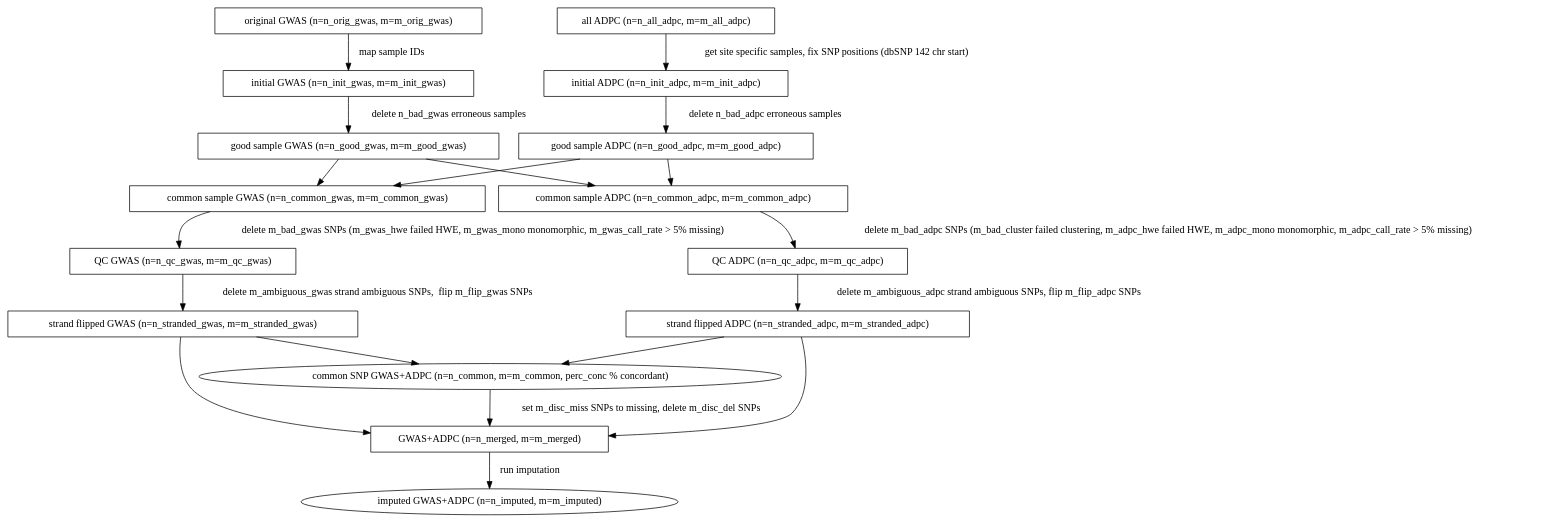
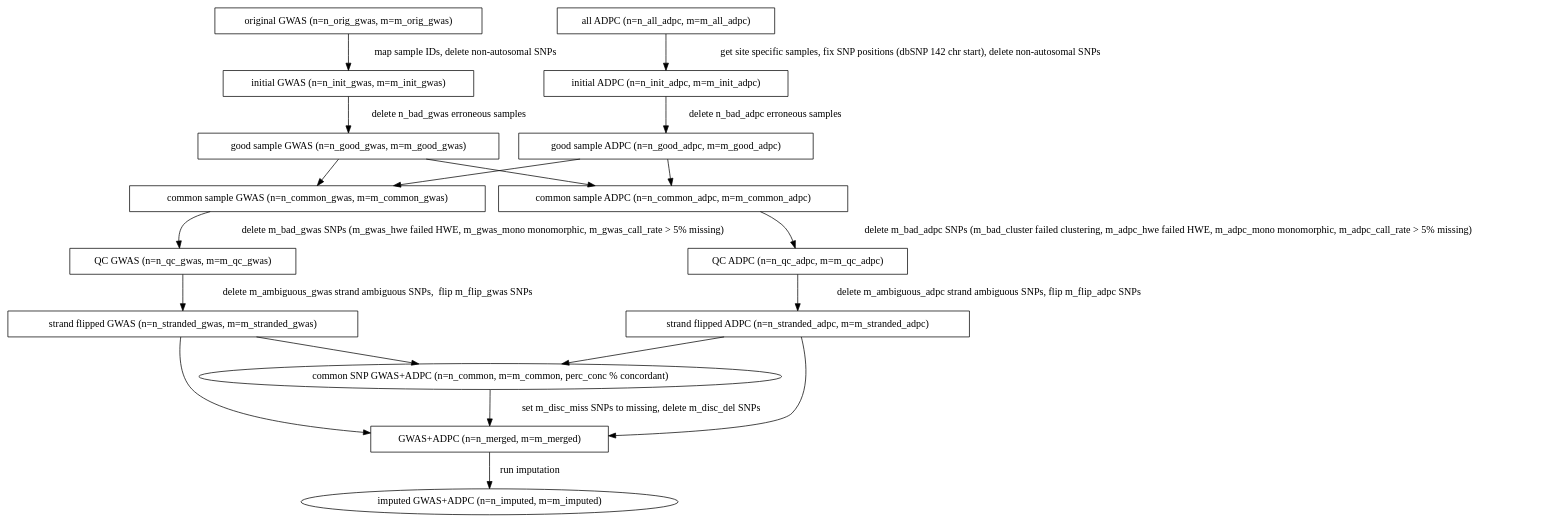
Before and after one commit to CAAPA/gwas_adpc_imputation_pipeline: the diagram in doc/flow.dot, drawn with Graphviz.

Commit message:
Only autosomal SNPs are now included in the initial files, and flow parameters are now reported for the merged file set

```diff
--- a/doc/flow.dot
+++ b/doc/flow.dot
@@ -1,91 +1,91 @@
 #!dot
 digraph {
 
     //Initial GWAS flow
 
     ORIG_GWAS [label="original GWAS (n=n_orig_gwas, m=m_orig_gwas)",
                shape=box] //params: n_orig_gwas, m_orig_gwas
     INIT_GWAS [label="initial GWAS (n=n_init_gwas, m=m_init_gwas)",
                shape=box] //params: n_init_gwas, m_init_gwas
-    ORIG_GWAS -> INIT_GWAS [label= " map sample IDs"];
+    ORIG_GWAS -> INIT_GWAS [label= " map sample IDs, delete non-autosomal SNPs"];
                  //script: get_gwas_samples
 
 
     GOOD_GWAS [label="good sample GWAS (n=n_good_gwas, m=m_good_gwas)",
                shape=box] //params: n_good_gwas, m_good_gwas
     INIT_GWAS -> GOOD_GWAS [label=" delete n_bad_gwas erroneous samples"];
                 //script: get_good_samples; params: n_bad_gwas
 
     COMMON_GWAS [label="common sample GWAS (n=n_common_gwas, m=m_common_gwas)",
                  shape=box] //params: n_common_gwas, m=m_common_gwas
     GOOD_GWAS -> COMMON_GWAS;
                  //script: get_common_samples
 
     QC_GWAS [label="QC GWAS (n=n_qc_gwas, m=m_qc_gwas)",
              shape=box] //params: n_qc_gwas, m=m_qc_gwas
     COMMON_GWAS -> QC_GWAS [label=" delete m_bad_gwas SNPs (m_gwas_hwe failed HWE, m_gwas_mono monomorphic, m_gwas_call_rate > 5% missing)"];
                 //script: do_gwas_qc; params: m_bad_gwas
                 //m (whatever subcategories removed)
 
 
     FLIPPED_GWAS [label="strand flipped GWAS (n=n_stranded_gwas, m=m_stranded_gwas)",
                   shape=box] //params: n_stranded_gwas, m_stranded_gwas
     QC_GWAS -> FLIPPED_GWAS [label=" delete m_ambiguous_gwas strand ambiguous SNPs,  flip m_flip_gwas SNPs"];
                  //script: flip_strands; params: m_flip_gwas, m_ambiguous_gwas
 
 
     //Initial ADPC flow
 
     ALL_ADPC [label="all ADPC (n=n_all_adpc, m=m_all_adpc)",
               shape=box] //params:n_all_adpc, m_all_adpc
     INIT_ADPC [label="initial ADPC (n=n_init_adpc, m=m_init_adpc)",
                shape=box] //params: n_init_adpc, m_init_adpc
-    ALL_ADPC -> INIT_ADPC [label=" get site specific samples, fix SNP positions (dbSNP 142 chr start)"]
+    ALL_ADPC -> INIT_ADPC [label=" get site specific samples, fix SNP positions (dbSNP 142 chr start), delete non-autosomal SNPs"]
                 //script: get_adpc_samples (site)
 
 
     GOOD_ADPC [label="good sample ADPC (n=n_good_adpc, m=m_good_adpc)",
                shape=box] //params: n_good_adpc, m_good_adpc
     INIT_ADPC -> GOOD_ADPC [label=" delete n_bad_adpc erroneous samples"];
                 //script: get_good_samples; params: n_bad_adpc
 
     COMMON_ADPC [label="common sample ADPC (n=n_common_adpc, m=m_common_adpc)",
                  shape=box] //params: n_common_adpc, m=m_common_adpc
     GOOD_ADPC -> COMMON_ADPC;
                  //script: get_common_samples
 
     QC_ADPC [label="QC ADPC (n=n_qc_adpc, m=m_qc_adpc)",
              shape=box] //params: n_qc_adpc, m=m_qc_adpc
     COMMON_ADPC -> QC_ADPC [label=" delete m_bad_adpc SNPs (m_bad_cluster failed clustering, m_adpc_hwe failed HWE, m_adpc_mono monomorphic, m_adpc_call_rate > 5% missing)"];
                 //script: do_adpc_qc; params: m_bad_adpc
                 //m (whatever subcategories removed)
                 //remember to also remove ACGT
 
     FLIPPED_ADPC [label="strand flipped ADPC (n=n_stranded_adpc, m=m_stranded_adpc)",
                   shape=box] //params: n_stranded_adpc, m_stranded_adpc
     QC_ADPC -> FLIPPED_ADPC [label=" delete m_ambiguous_adpc strand ambiguous SNPs, flip m_flip_adpc SNPs"];
                  //script: flip_strands; params: m_flip_adpc, m_ambiguous_adpc
 
 
 
     //GWAS + ADPC flows
 
     GOOD_ADPC -> COMMON_GWAS;
     GOOD_GWAS -> COMMON_ADPC;
 
     COMMON_SNP [label="common SNP GWAS+ADPC (n=n_common, m=m_common, perc_conc % concordant)",
                 shape=ellipse] //params: n_common, m_common
     FLIPPED_GWAS -> COMMON_SNP; //script: get_common_snp_files
     FLIPPED_ADPC -> COMMON_SNP; //script: get_common_snp_files
 
     MERGED [label="GWAS+ADPC (n=n_merged, m=m_merged)",
             shape=box] //params: n_merged, m_merged
     COMMON_SNP -> MERGED [label= " set m_disc_miss SNPs to missing, delete m_disc_del SNPs"];
             //script: merge_adpc_gwas; params: m_disc_miss, m_disc_del
     FLIPPED_GWAS -> MERGED;
     FLIPPED_ADPC -> MERGED;
 
     IMPUTED [label="imputed GWAS+ADPC (n=n_imputed, m=m_imputed)"]
     MERGED -> IMPUTED [label=" run imputation"];
                 //script:
 }
```
